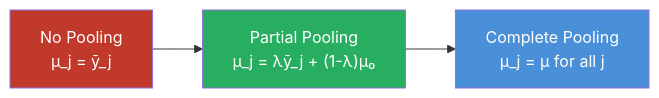
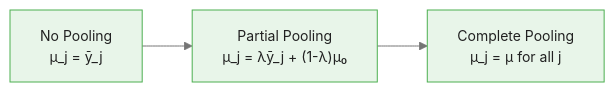
One commit to m-deane/course-creator changed the first of 4 diagrams in courses/bayesian-commodity-forecasting/modules/module_04_hierarchical/guides/01_partial_pooling_slides.md. Above: the diagram before and after it, drawn with Mermaid. The commit also changed other lines of this file and 104 other files, not shown here.

````diff
--- a/courses/bayesian-commodity-forecasting/modules/module_04_hierarchical/guides/01_partial_pooling_slides.md
+++ b/courses/bayesian-commodity-forecasting/modules/module_04_hierarchical/guides/01_partial_pooling_slides.md
@@ -45,8 +53,6 @@
 ```mermaid
+%%{init: {"theme": "base", "themeVariables": {"primaryColor": "#e8f5e9", "primaryBorderColor": "#4caf50", "primaryTextColor": "#212121", "secondaryColor": "#e3f2fd", "tertiaryColor": "#fff8e1", "lineColor": "#757575", "fontFamily": "Inter, sans-serif", "fontSize": "14px"}}}%%
 flowchart LR
     NP["No Pooling\nμ_j = ȳ_j"] --> PP["Partial Pooling\nμ_j = λȳ_j + (1-λ)μ₀"]
     PP --> CP["Complete Pooling\nμ_j = μ for all j"]
-    style NP fill:#c0392b,color:#fff
-    style PP fill:#27ae60,color:#fff
-    style CP fill:#4a90d9,color:#fff
 ```
````
